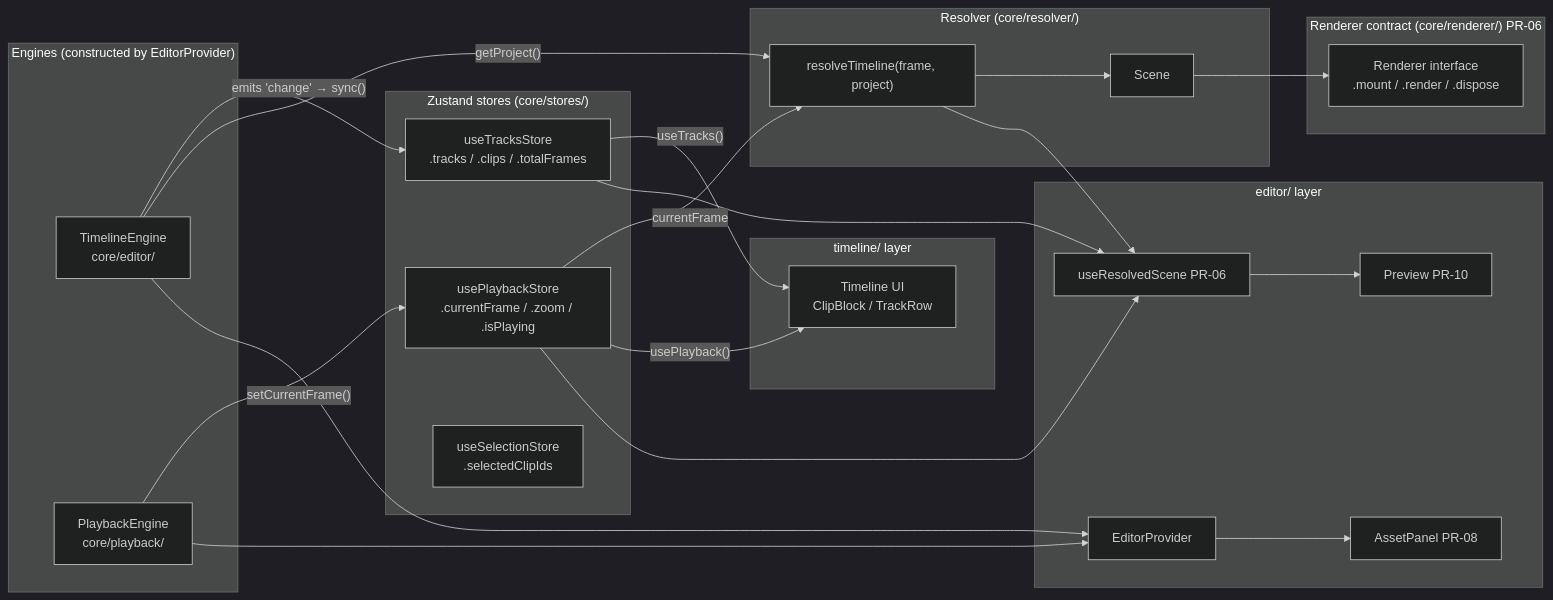
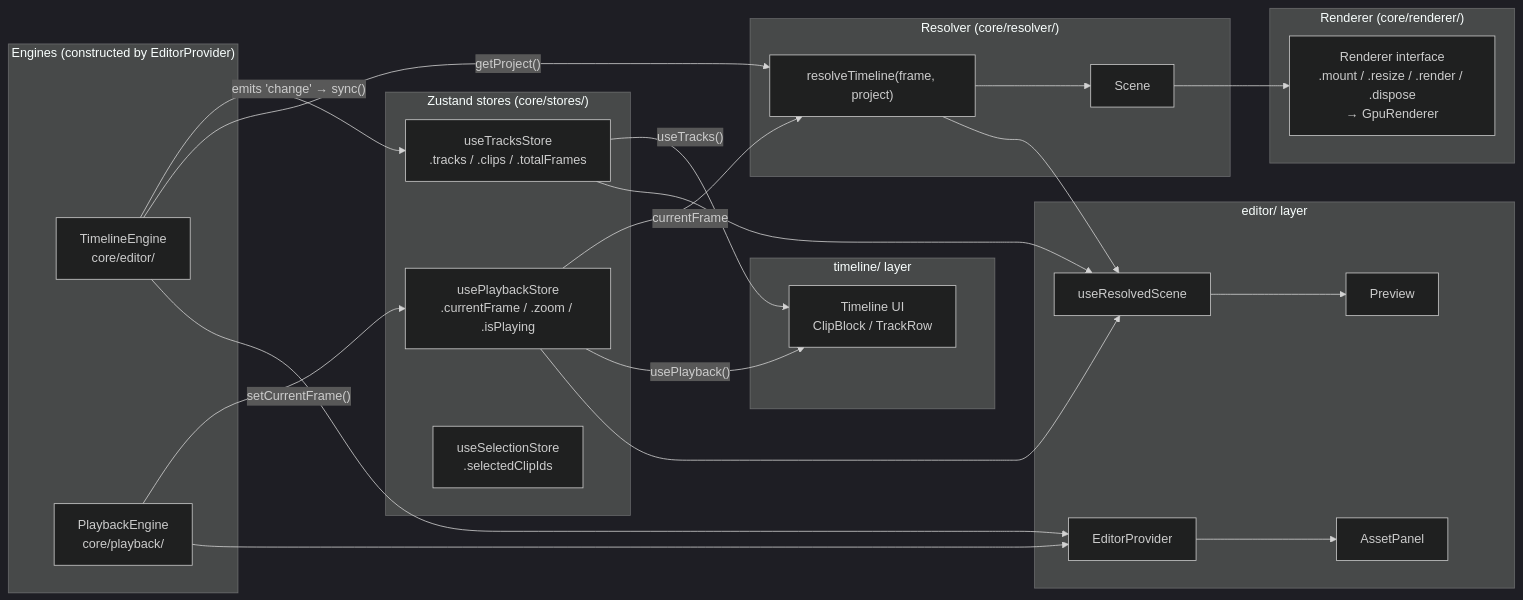
One commit to elahlabs/elah changed the diagram in packages/editor/src/core/Architecture.md. Above: the diagram before and after it, drawn with Mermaid (dark theme). The commit also changed other lines of this file and 32 other files, not shown here.

First line of the commit message:
refactor(renderer): remove OPTIMIZATION.md, update README and architecture documentation

````diff
--- a/packages/editor/src/core/Architecture.md
+++ b/packages/editor/src/core/Architecture.md
@@ -94,44 +100,44 @@
 ```mermaid
 flowchart LR
   subgraph engines ["Engines (constructed by EditorProvider)"]
     TE["TimelineEngine\ncore/editor/"] 
     PE["PlaybackEngine\ncore/playback/"]
   end
 
   subgraph stores ["Zustand stores (core/stores/)"]
     TS["useTracksStore\n.tracks / .clips / .totalFrames"]
     PS["usePlaybackStore\n.currentFrame / .zoom / .isPlaying"]
     SS["useSelectionStore\n.selectedClipIds"]
   end
 
   subgraph resolver ["Resolver (core/resolver/)"]
     RT["resolveTimeline(frame, project)"]
     SC["Scene"]
   end
 
-  subgraph rendererLayer ["Renderer contract (core/renderer/) PR-06"]
-    RI["Renderer interface\n.mount / .render / .dispose"]
+  subgraph rendererLayer ["Renderer (core/renderer/)"]
+    RI["Renderer interface\n.mount / .resize / .render / .dispose\n→ GpuRenderer"]
   end
 
   TE -->|"emits 'change' → sync()"| TS
   PE -->|"setCurrentFrame()"| PS
   TE -->|"getProject()"| RT
   PS -->|"currentFrame"| RT
   RT --> SC
   SC --> RI
 
   subgraph timelineLayer ["timeline/ layer"]
     TS -->|"useTracks()"| TLComp["Timeline UI\nClipBlock / TrackRow"]
     PS -->|"usePlayback()"| TLComp
   end
 
   subgraph editorLayer ["editor/ layer"]
     TE --> EP["EditorProvider"]
     PE --> EP
-    TS --> URS["useResolvedScene PR-06"]
+    TS --> URS["useResolvedScene"]
     PS --> URS
     RT --> URS
-    URS --> PV["Preview PR-10"]
-    EP --> AP["AssetPanel PR-08"]
+    URS --> PV["Preview"]
+    EP --> AP["AssetPanel"]
   end
 ```
````
